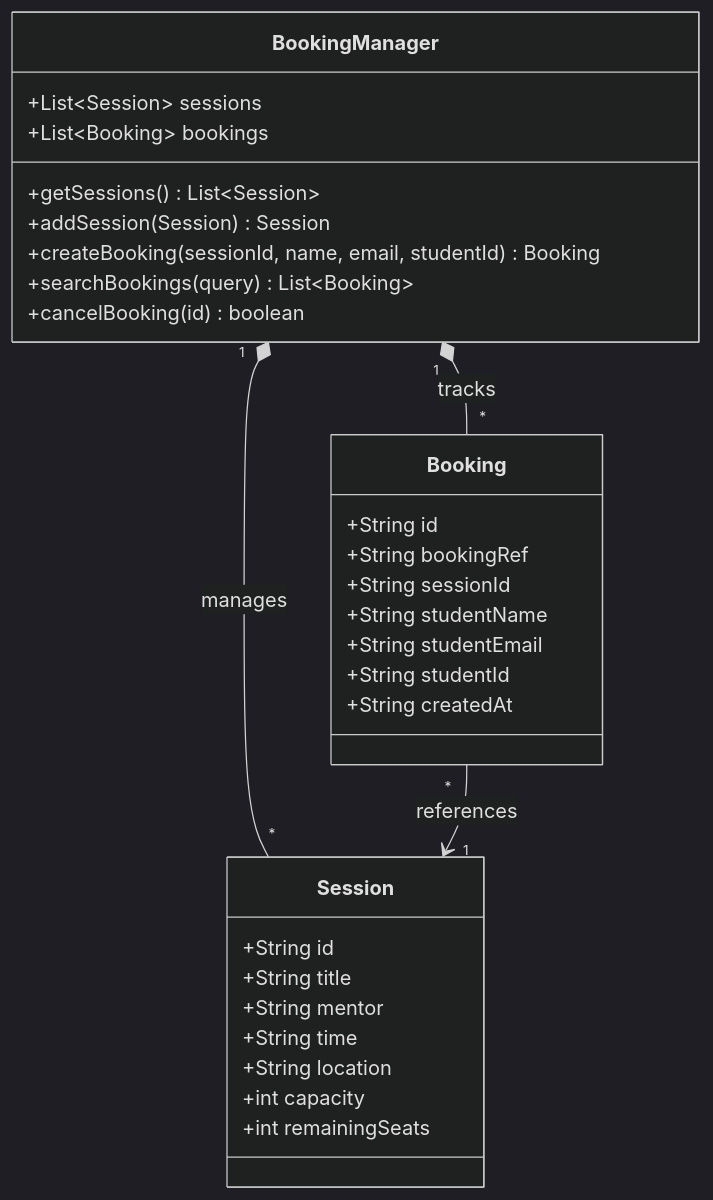
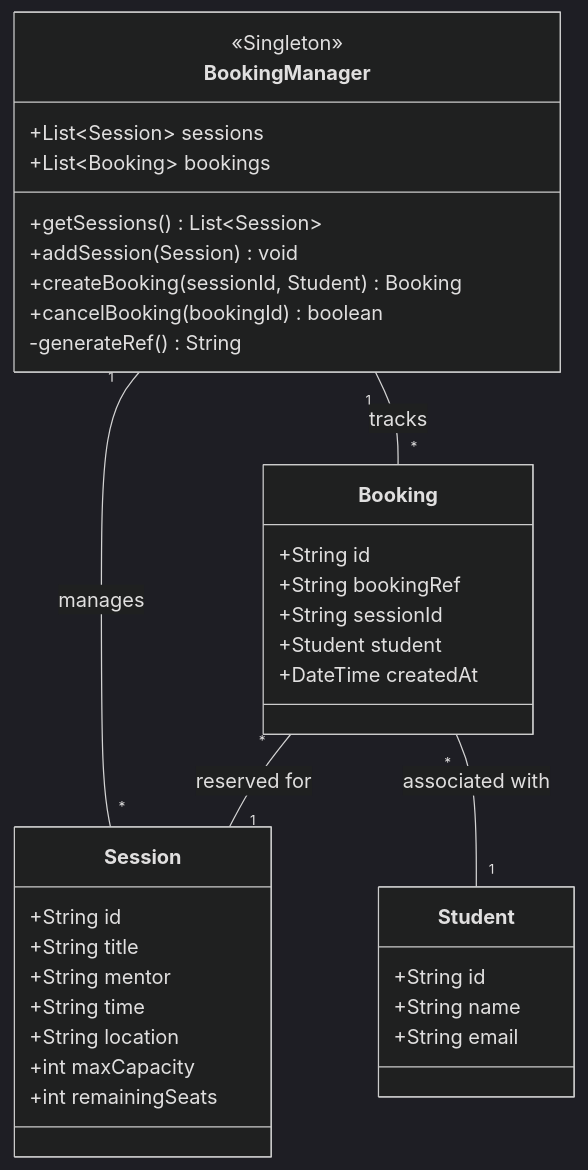
Before and after one commit to CodCook/skills-day-project: the diagram in readme.md, drawn with Mermaid (dark theme).

Commit message:
refactor: update UML class diagram to enhance clarity and structure

````diff
--- a/readme.md
+++ b/readme.md
@@ -30,36 +30,42 @@
 ```mermaid
 classDiagram
-    class BookingManager {
-        +List~Session~ sessions
-        +List~Booking~ bookings
-        +getSessions() List~Session~
-        +addSession(Session) Session
-        +createBooking(sessionId, name, email, studentId) Booking
-        +searchBookings(query) List~Booking~
-        +cancelBooking(id) boolean
+    class Student {
+        +String id
+        +String name
+        +String email
     }
 
     class Session {
         +String id
         +String title
         +String mentor
         +String time
         +String location
-        +int capacity
+        +int maxCapacity
         +int remainingSeats
     }
 
     class Booking {
         +String id
         +String bookingRef
         +String sessionId
-        +String studentName
-        +String studentEmail
-        +String studentId
-        +String createdAt
+        +Student student
+        +DateTime createdAt
     }
 
-    BookingManager "1" *-- "*" Session : manages
-    BookingManager "1" *-- "*" Booking : tracks
-    Booking "*" --> "1" Session : references
+    class BookingManager {
+        <<Singleton>>
+        +List~Session~ sessions
+        +List~Booking~ bookings
+        +getSessions() List~Session~
+        +addSession(Session) void
+        +createBooking(sessionId, Student) Booking
+        +cancelBooking(bookingId) boolean
+        -generateRef() String
+    }
+
+    BookingManager "1" -- "*" Session : manages
+    BookingManager "1" -- "*" Booking : tracks
+    Booking "*" -- "1" Student : associated with
+    Booking "*" -- "1" Session : reserved for
 ```
````
